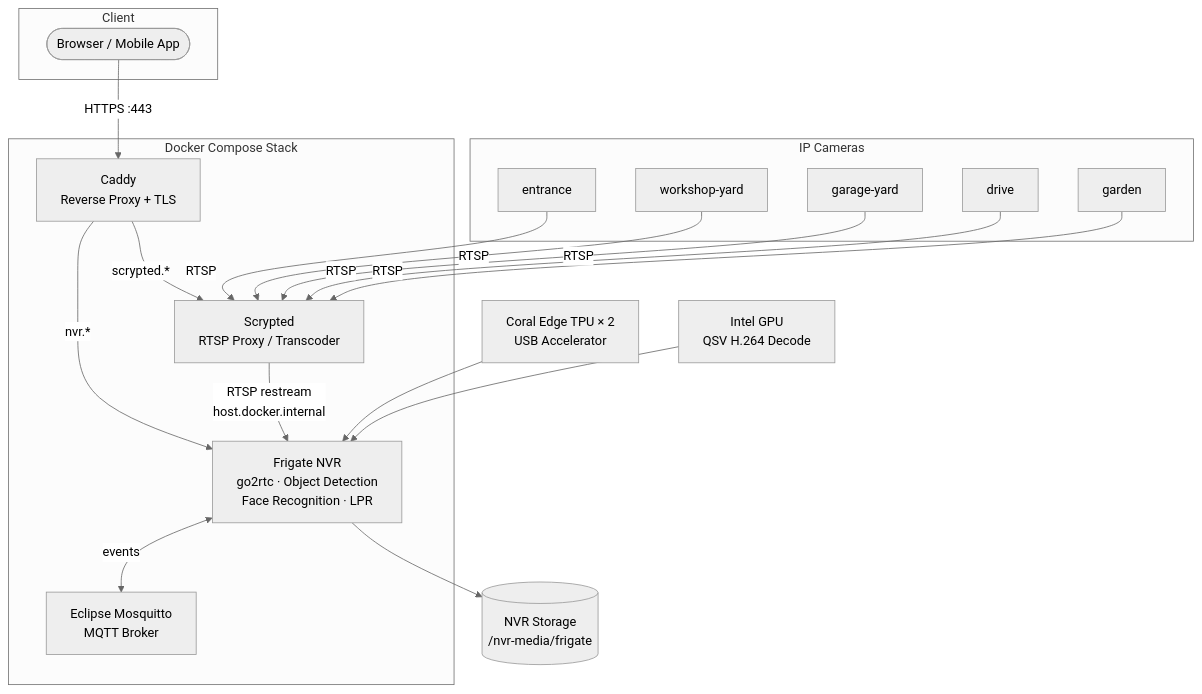
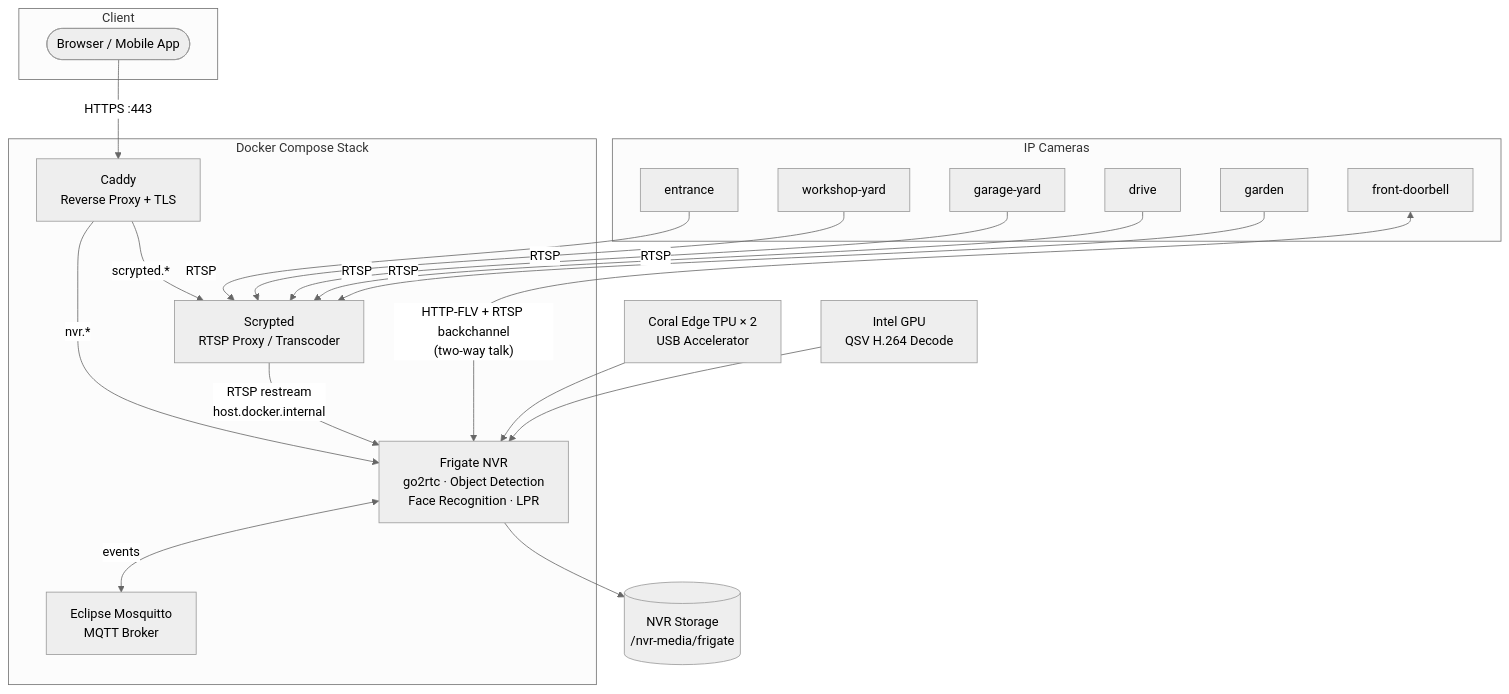
Before and after one commit to gitgc/home-nvr-detection: the diagram in README.md, drawn with Mermaid (neutral theme). The commit also changed 2 other files, not shown here.

Commit message:
Add front-doorbell (Reolink WiFi doorbell) with two-way talk
Connect the doorbell directly to Frigate's go2rtc (bypassing Scrypted) so
the RTSP backchannel is available for two-way audio. HTTP-FLV is used for
the main/sub video streams, with the RTSP source added for talk only and
opus transcoding for WebRTC.

The doorbell IP is not known yet; the extra_hosts mapping is left as a TODO.

````diff
--- a/README.md
+++ b/README.md
@@ -7,36 +7,38 @@
 ```mermaid
 graph TB
     subgraph Cameras["IP Cameras"]
         C1[entrance]
         C2[workshop-yard]
         C3[garage-yard]
         C4[drive]
         C5[garden]
+        C6[front-doorbell]
     end
 
     subgraph Stack["Docker Compose Stack"]
         Scrypted["Scrypted<br>RTSP Proxy / Transcoder"]
         Frigate["Frigate NVR<br>go2rtc · Object Detection<br>Face Recognition · LPR"]
         MQTT["Eclipse Mosquitto<br>MQTT Broker"]
         Caddy["Caddy<br>Reverse Proxy + TLS"]
     end
 
     subgraph Client["Client"]
         User(["Browser / Mobile App"])
     end
 
     TPU["Coral Edge TPU × 2<br>USB Accelerator"]
     GPU["Intel GPU<br>QSV H.264 Decode"]
     Disk[("NVR Storage<br>/nvr-media/frigate")]
 
     C1 & C2 & C3 & C4 & C5 -->|RTSP| Scrypted
     Scrypted -->|"RTSP restream<br>host.docker.internal"| Frigate
+    C6 <-->|"HTTP-FLV + RTSP backchannel<br>(two-way talk)"| Frigate
     Frigate <-->|events| MQTT
     TPU & GPU --> Frigate
     Frigate --> Disk
 
     User -->|"HTTPS :443"| Caddy
     Caddy -->|"nvr.*"| Frigate
     Caddy -->|"scrypted.*"| Scrypted
 
 ```
````
